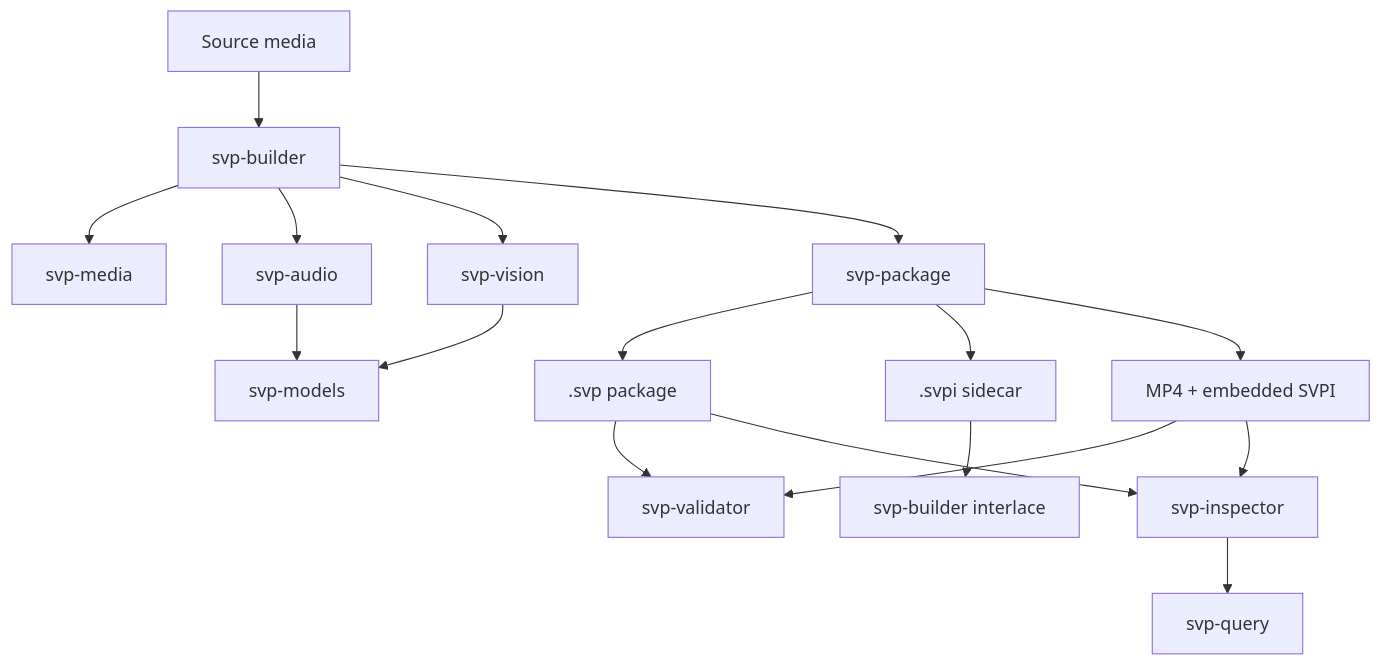
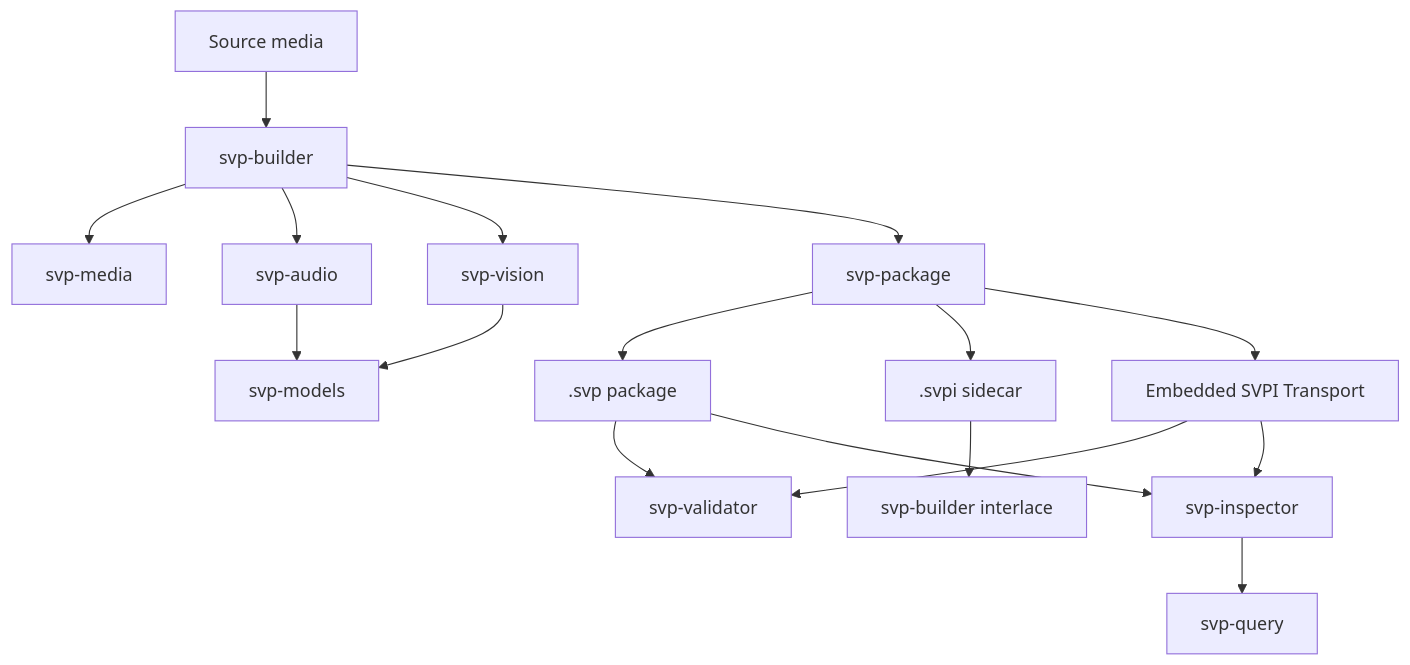
One commit to semanticvideo/svp changed the diagram in README.md. Above: the diagram before and after it, drawn with Mermaid. The commit also changed other lines of this file and 4 other files, not shown here.

First line of the commit message:
docs(svpi): define Embedded SVPI Transport

````diff
--- a/README.md
+++ b/README.md
@@ -144,19 +145,19 @@
 ```mermaid
 flowchart TD
     Source["Source media"] --> Builder["svp-builder"]
     Builder --> Media["svp-media"]
     Builder --> Audio["svp-audio"]
     Builder --> Vision["svp-vision"]
     Builder --> Package["svp-package"]
     Audio --> Models["svp-models"]
     Vision --> Models
     Package --> SVP[".svp package"]
     Package --> SVPI[".svpi sidecar"]
-    Package --> Embedded["MP4 + embedded SVPI"]
+    Package --> Embedded["Embedded SVPI Transport"]
     SVP --> Validator["svp-validator"]
     SVPI --> Interlace["svp-builder interlace"]
     Embedded --> Validator
     Embedded --> Inspector
     SVP --> Inspector["svp-inspector"]
     Inspector --> Query["svp-query"]
 ```
````
